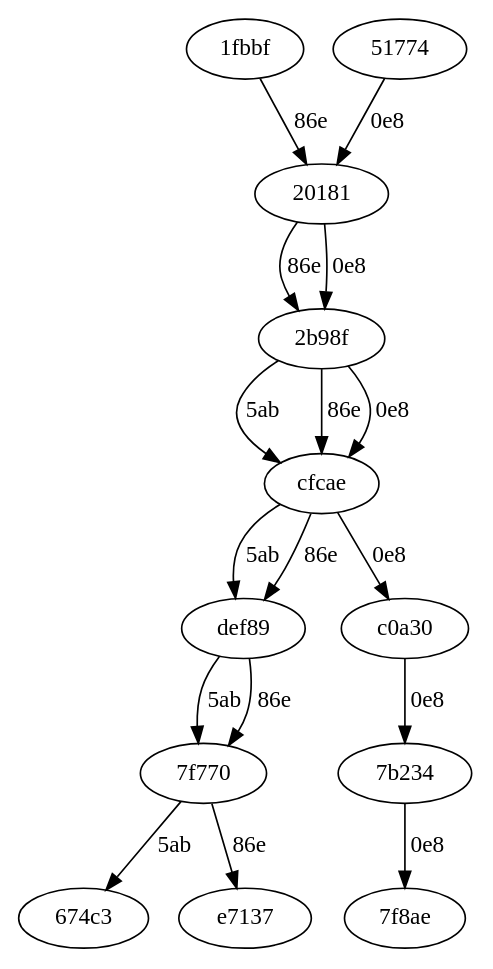
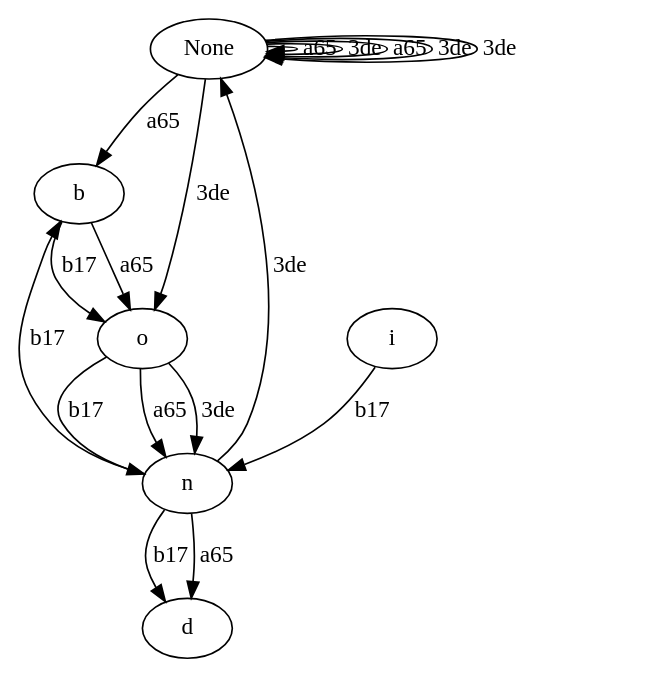
One commit to MaxMcF/SwitchWords changed the diagram in Digraph.gv. Above: the diagram before and after it, drawn with Graphviz. The commit also changed 3 other files, not shown here.

```diff
--- a/Digraph.gv
+++ b/Digraph.gv
@@ -1,37 +1,39 @@
 digraph {
-	"1fbbf"
-	"1fbbf" -> 20181 [label="86e"]
-	51774
-	51774 -> 20181 [label="0e8"]
-	"2b98f"
-	"2b98f" -> cfcae [label="5ab"]
-	20181
-	20181 -> "2b98f" [label="86e"]
-	20181
-	20181 -> "2b98f" [label="0e8"]
-	cfcae
-	cfcae -> def89 [label="5ab"]
-	"2b98f"
-	"2b98f" -> cfcae [label="86e"]
-	"2b98f"
-	"2b98f" -> cfcae [label="0e8"]
-	def89
-	def89 -> "7f770" [label="5ab"]
-	cfcae
-	cfcae -> def89 [label="86e"]
-	cfcae
-	cfcae -> c0a30 [label="0e8"]
-	"7f770"
-	"7f770" -> "674c3" [label="5ab"]
-	def89
-	def89 -> "7f770" [label="86e"]
-	c0a30
-	c0a30 -> "7b234" [label="0e8"]
-	"674c3"
-	"7f770"
-	"7f770" -> e7137 [label="86e"]
-	"7b234"
-	"7b234" -> "7f8ae" [label="0e8"]
-	e7137
-	"7f8ae"
+	None
+	None -> None [label=a65]
+	None
+	None -> None [label="3de"]
+	i
+	i -> n [label=b17]
+	None
+	None -> None [label=a65]
+	None
+	None -> None [label="3de"]
+	n
+	n -> b [label=b17]
+	None
+	None -> b [label=a65]
+	None
+	None -> None [label="3de"]
+	b
+	b -> o [label=b17]
+	b
+	b -> o [label=a65]
+	None
+	None -> o [label="3de"]
+	o
+	o -> n [label=b17]
+	o
+	o -> n [label=a65]
+	o
+	o -> n [label="3de"]
+	n
+	n -> d [label=b17]
+	n
+	n -> d [label=a65]
+	n
+	n -> None [label="3de"]
+	d
+	d
+	None
 }
```
